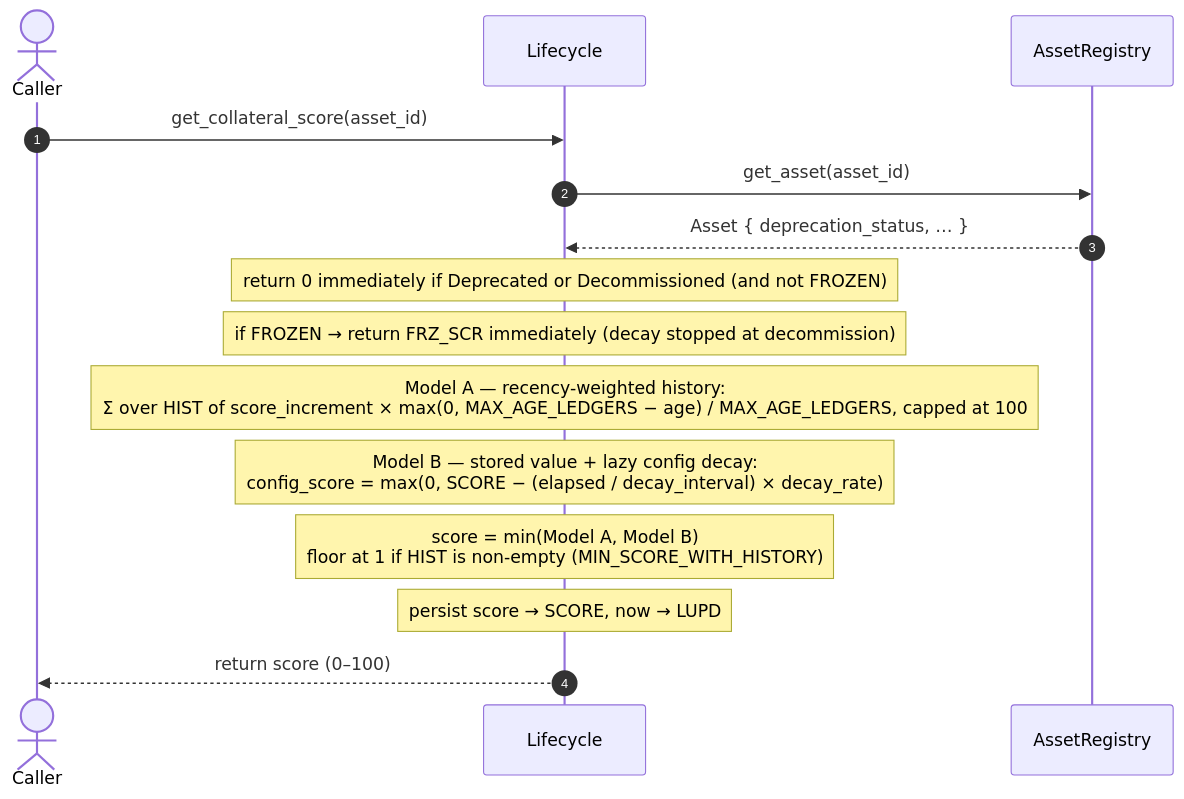
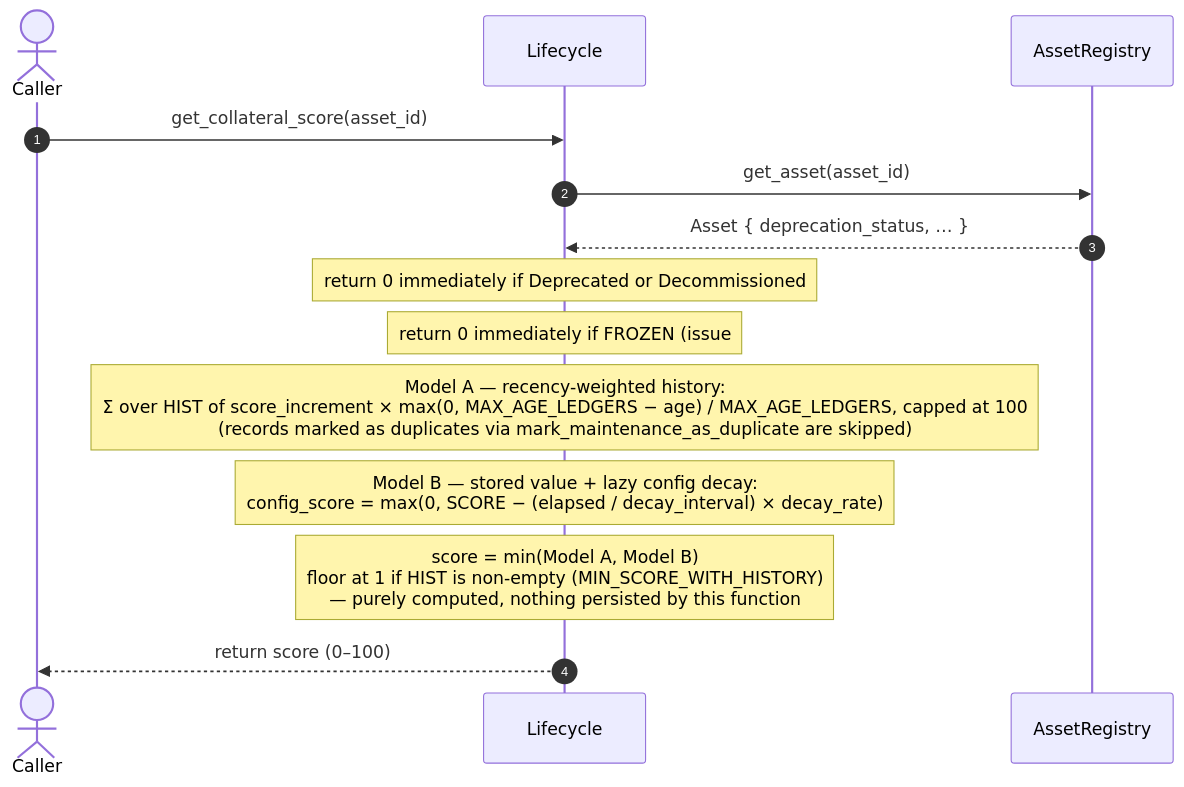
One commit to TwinTrustMainstay/Mainstay changed the seventh of 12 diagrams in docs/contract-interaction-sequences.md. Above: the diagram before and after it, drawn with Mermaid. The commit also changed other lines of this file, not shown here.

First line of the commit message:
docs: correct get_collateral_score read-only/frozen-score behavior

````diff
--- a/docs/contract-interaction-sequences.md
+++ b/docs/contract-interaction-sequences.md
@@ -304,25 +313,22 @@
 ```mermaid
 sequenceDiagram
     autonumber
     actor Caller
     participant Lifecycle
     participant AssetRegistry
 
     Caller->>Lifecycle: get_collateral_score(asset_id)
 
     Lifecycle->>AssetRegistry: get_asset(asset_id)
     AssetRegistry-->>Lifecycle: Asset { deprecation_status, … }
-    Note over Lifecycle: return 0 immediately if Deprecated or Decommissioned (and not FROZEN)
+    Note over Lifecycle: return 0 immediately if Deprecated or Decommissioned
+    Note over Lifecycle: return 0 immediately if FROZEN (issue #794 — decommissioned assets never re-appear as collateral)
 
-    Note over Lifecycle: if FROZEN → return FRZ_SCR immediately (decay stopped at decommission)
-
-    Note over Lifecycle: Model A — recency-weighted history:<br/>Σ over HIST of score_increment × max(0, MAX_AGE_LEDGERS − age) / MAX_AGE_LEDGERS, capped at 100
+    Note over Lifecycle: Model A — recency-weighted history:<br/>Σ over HIST of score_increment × max(0, MAX_AGE_LEDGERS − age) / MAX_AGE_LEDGERS, capped at 100<br/>(records marked as duplicates via mark_maintenance_as_duplicate are skipped)
 
     Note over Lifecycle: Model B — stored value + lazy config decay:<br/>config_score = max(0, SCORE − (elapsed / decay_interval) × decay_rate)
 
-    Note over Lifecycle: score = min(Model A, Model B)<br/>floor at 1 if HIST is non-empty (MIN_SCORE_WITH_HISTORY)
-
-    Note over Lifecycle: persist score → SCORE, now → LUPD
+    Note over Lifecycle: score = min(Model A, Model B)<br/>floor at 1 if HIST is non-empty (MIN_SCORE_WITH_HISTORY)<br/>— purely computed, nothing persisted by this function
 
     Lifecycle-->>Caller: return score (0–100)
 ```
````
